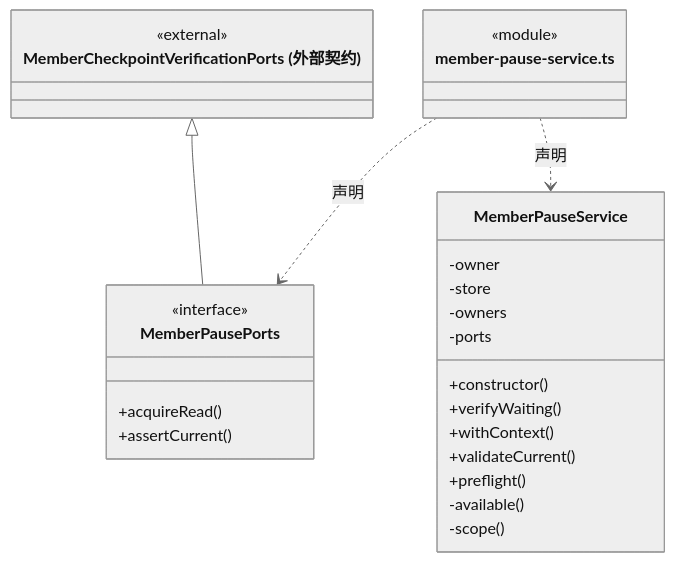
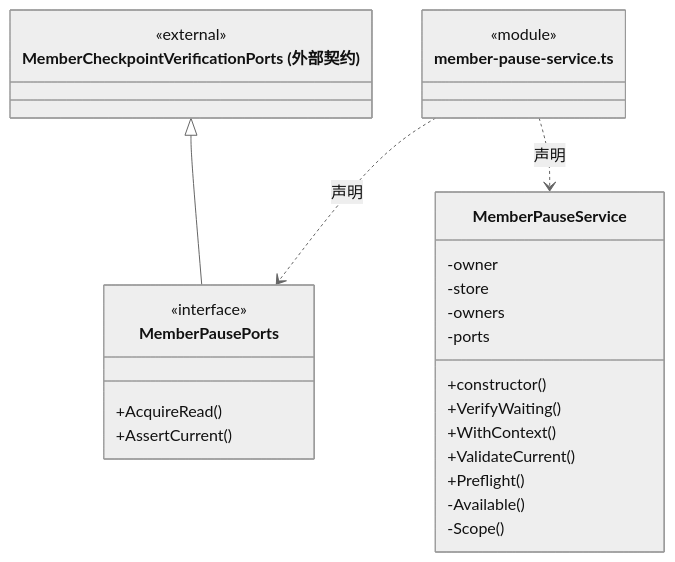
The ninth of 16 diagrams in src/logic/team/runtime/ARCHITECTURE.md (nan023062/cbim), drawn with Mermaid (neutral theme) before and after one commit. The commit also changed other lines of this file and 1035 other files, not shown here.

````diff
--- a/src/logic/team/runtime/ARCHITECTURE.md
+++ b/src/logic/team/runtime/ARCHITECTURE.md
@@ -228,30 +228,30 @@
 ```mermaid
 classDiagram
 class N_src_logic_team_runtime_member_pause_service_ts["member-pause-service.ts"] {
   <<module>>
 }
 class N_src_logic_team_runtime_member_pause_service_ts_MemberPausePorts["MemberPausePorts"] {
   <<interface>>
-  +acquireRead()
-  +assertCurrent()
+  +AcquireRead()
+  +AssertCurrent()
 }
 N_src_logic_team_runtime_member_pause_service_ts ..> N_src_logic_team_runtime_member_pause_service_ts_MemberPausePorts : 声明
 class N_src_logic_team_runtime_member_pause_service_ts_external_MemberCheckpointVerificationPorts["MemberCheckpointVerificationPorts (外部契约)"] {
   <<external>>
 }
 N_src_logic_team_runtime_member_pause_service_ts_external_MemberCheckpointVerificationPorts <|-- N_src_logic_team_runtime_member_pause_service_ts_MemberPausePorts
 class N_src_logic_team_runtime_member_pause_service_ts_MemberPauseService["MemberPauseService"] {
   +constructor()
-  +verifyWaiting()
-  +withContext()
-  +validateCurrent()
-  +preflight()
+  +VerifyWaiting()
+  +WithContext()
+  +ValidateCurrent()
+  +Preflight()
   -owner
   -store
   -owners
   -ports
-  -available()
-  -scope()
+  -Available()
+  -Scope()
 }
 N_src_logic_team_runtime_member_pause_service_ts ..> N_src_logic_team_runtime_member_pause_service_ts_MemberPauseService : 声明
 ```
````
